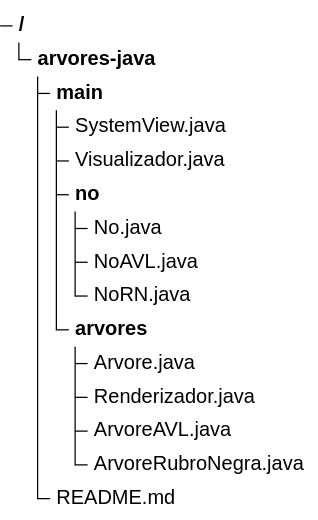
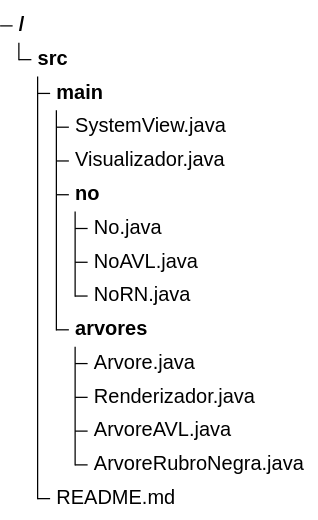
One commit to victordantas703-coder/Trabalho-de-EDBII-Unidade-II---Amazon-Engineering changed the diagram in README.md. Above: the diagram before and after it, drawn with Mermaid. The commit also changed other lines of this file and 9 other files, not shown here.

````diff
--- a/README.md
+++ b/README.md
@@ -40,18 +40,18 @@
 ```mermaid
 treeView-beta
-            arvores-java/
+            src/
                 main/ 
                     SystemView.java 
                     Visualizador.java
                     no/ 
                         No.java
                         NoAVL.java
                         NoRN.java
                     arvores/ 
                         Arvore.java
                         Renderizador.java
                         ArvoreAVL.java
                         ArvoreRubroNegra.java
                 README.md
 
 ```
````
